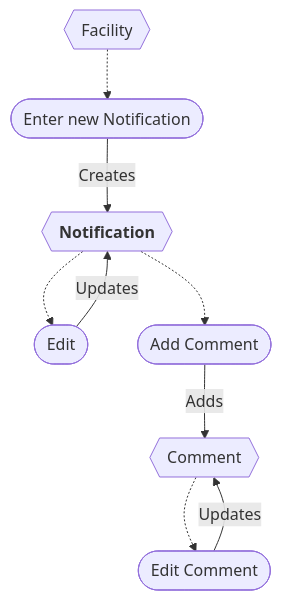
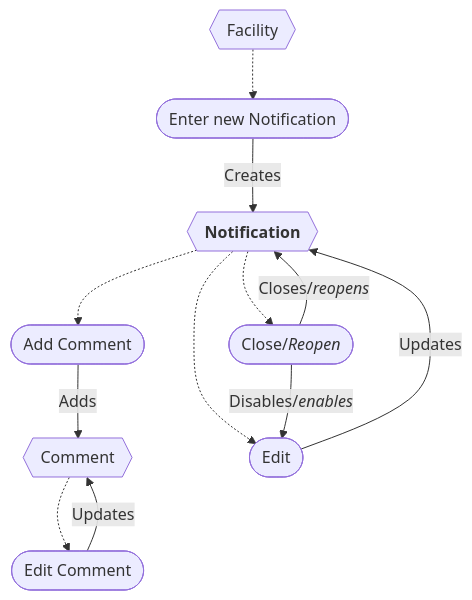
Before and after one commit to gaepdit/air-web: the first of 2 diagrams in docs/Workflows/Work-entries/Notification.md, drawn with Mermaid. The commit also changed 8 other files, not shown here.

Commit message:
Update workflow diagrams

````diff
--- a/docs/Workflows/Work-entries/Notification.md
+++ b/docs/Workflows/Work-entries/Notification.md
@@ -5,22 +9,24 @@
 ```mermaid
 flowchart
     FAC{{Facility}}
-    NOT{{"`**Notification**`"}}
+    WRK{{"`**Notification**`"}}
     CMT{{Comment}}
 
     enter([Enter new Notification])
     edit([Edit])
     comment([Add Comment])
+    close(["`Close/*Reopen*`"])
     editComment([Edit Comment])
 
     FAC -.-> enter
-    NOT -.-> edit
-    NOT -.-> comment
+    WRK -.-> edit
+    WRK -.-> close
+    WRK -.-> comment
     CMT -.-> editComment
-
-    enter -->|Creates| NOT
-    edit -->|Updates| NOT
+    close -->|"`Disables/*enables*`"| edit
+    enter -->|Creates| WRK
+    edit -->|Updates| WRK
+    close -->|"`Closes/*reopens*`"| WRK
     editComment -->|Updates| CMT
     comment -->|Adds| CMT
-
 ```
````
